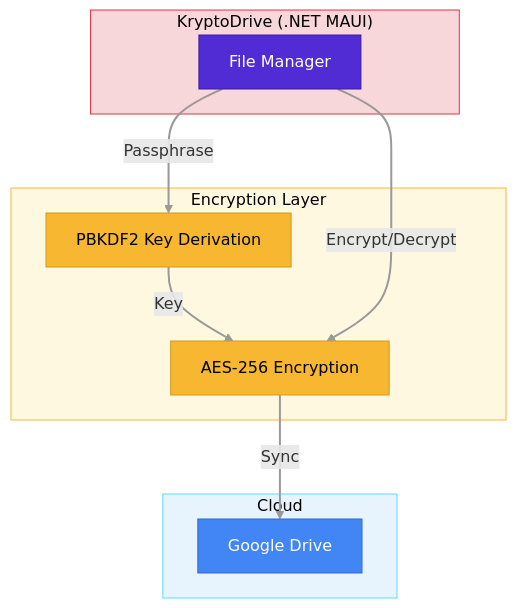
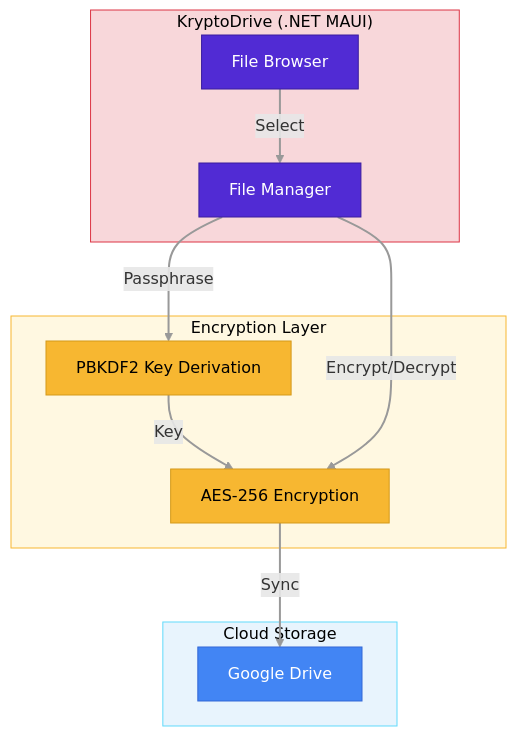
Before and after one commit to emaginebr/emagine-deploy: the diagram in emagine-site/src/data/diagrams/kryptodrive.mmd, drawn with Mermaid. The commit also changed 111 other files, not shown here.

Commit message:
fix: refactory diagrams

```diff
--- a/emagine-site/src/data/diagrams/kryptodrive.mmd
+++ b/emagine-site/src/data/diagrams/kryptodrive.mmd
@@ -1,32 +1,30 @@
 graph TD
     subgraph App["KryptoDrive (.NET MAUI)"]
         FileManager["File Manager"]
+        FileBrowser["File Browser"]
     end
     subgraph Encryption["Encryption Layer"]
         PBKDF2["PBKDF2 Key Derivation"]
         AES["AES-256 Encryption"]
     end
-    subgraph Cloud
+    subgraph Cloud["Cloud Storage"]
         GDrive["Google Drive"]
     end
 
+    FileBrowser -->|"Select"| FileManager
     FileManager -->|"Passphrase"| PBKDF2
     PBKDF2 -->|"Key"| AES
     FileManager -->|"Encrypt/Decrypt"| AES
     AES -->|"Sync"| GDrive
 
-    click FileManager mermaidCallback "FileManager"
-    click PBKDF2 mermaidCallback "PBKDF2"
-    click AES mermaidCallback "AES"
-    click GDrive mermaidCallback "GDrive"
-
     style FileManager fill:#512BD4,stroke:#3a1d9e,color:#fff
+    style FileBrowser fill:#512BD4,stroke:#3a1d9e,color:#fff
     style PBKDF2 fill:#f7b731,stroke:#d4991a,color:#000
     style AES fill:#f7b731,stroke:#d4991a,color:#000
     style GDrive fill:#4285F4,stroke:#3367d6,color:#fff
 
     style App fill:#f8d7da,stroke:#dc3545,color:#000
     style Encryption fill:#fff8e1,stroke:#f7b731,color:#000
     style Cloud fill:#e8f4fd,stroke:#61DAFB,color:#000
 
     linkStyle default stroke:#999,stroke-width:2px
```
